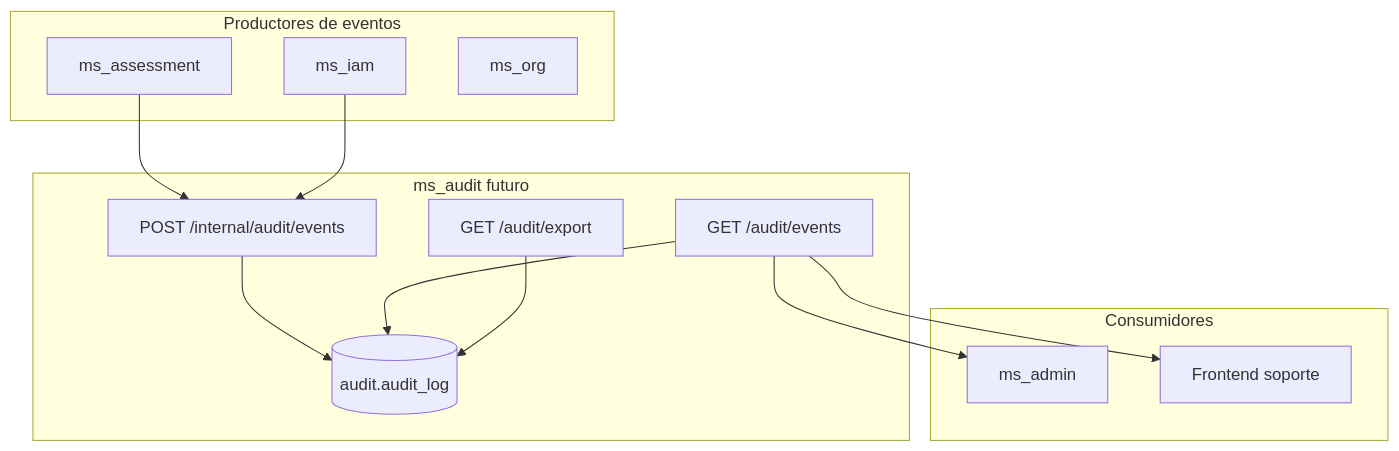
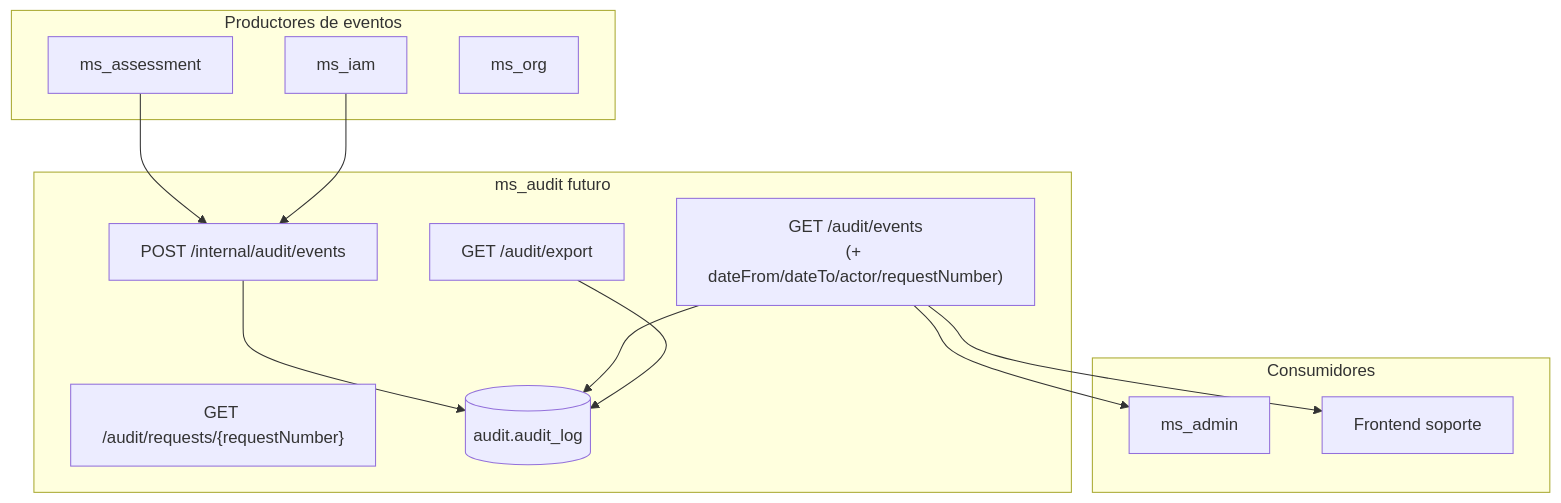
The third of 4 diagrams in Documentacion-Backend/ms_audit/03-Diseno.md (jdtovar07/MSPI_NVA_CO_DOCS), drawn with Mermaid before and after one commit. The commit also changed other lines of this file and 2 other files, not shown here.

First line of the commit message:
docs: document request audit trail filters and internal snapshot contract

````diff
--- a/Documentacion-Backend/ms_audit/03-Diseno.md
+++ b/Documentacion-Backend/ms_audit/03-Diseno.md
@@ -185,26 +185,27 @@
 ```mermaid
 flowchart TB
   subgraph Producers["Productores de eventos"]
     ASM[ms_assessment]
     IAM2[ms_iam]
     ORG[ms_org]
   end
 
   subgraph AuditMS["ms_audit futuro"]
     Ingest["POST /internal/audit/events"]
-    Query["GET /audit/events"]
+    Query["GET /audit/events\n(+ dateFrom/dateTo/actor/requestNumber)"]
+    Detail["GET /audit/requests/{requestNumber}"]
     Export["GET /audit/export"]
     Ingest --> Store[(audit.audit_log)]
     Query --> Store
     Export --> Store
   end
 
   subgraph Consumers["Consumidores"]
     ADM[ms_admin]
     FE[Frontend soporte]
   end
 
   ASM --> Ingest
   IAM2 --> Ingest
   Query --> ADM & FE
 ```
````
